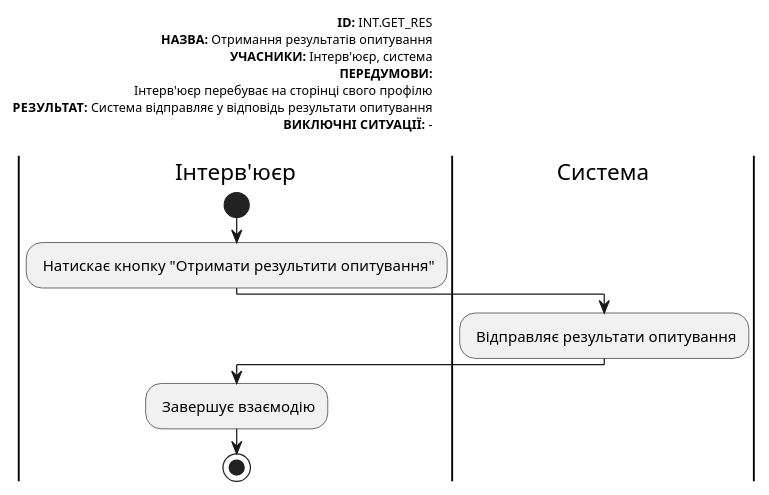
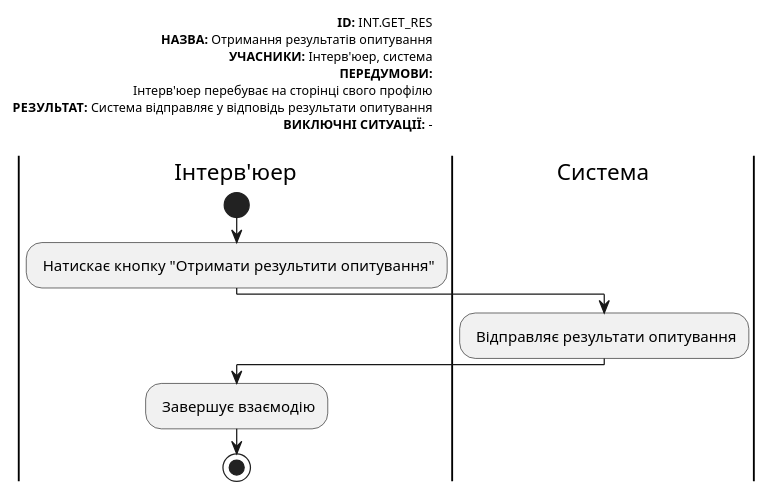
Before and after one commit to michigang1/ImForms: the tenth of 22 diagrams in docs/use cases/README.md, drawn with PlantUML. The commit also changed other lines of this file, not shown here.

```diff
--- a/docs/use cases/README.md
+++ b/docs/use cases/README.md
@@ -303,23 +302,23 @@
 @startuml
 left header
 <font color=000 size=10><b>ID:</b> INT.GET_RES
 <font color=000 size=10><b>НАЗВА:</b> Отримання результатів опитування   
-<font color=000 size=10><b>УЧАСНИКИ:</b> Інтерв'юєр, система
+<font color=000 size=10><b>УЧАСНИКИ:</b> Інтерв'юер, система
 <font color=000 size=10><b>ПЕРЕДУМОВИ:</b>
-<font color=000 size=10> Інтерв'юєр перебуває на сторінці свого профілю
+<font color=000 size=10> Інтерв'юер перебуває на сторінці свого профілю
 <font color=000 size=10><b>РЕЗУЛЬТАТ:</b> Система відправляє у відповідь результати опитування
 <font color=000 size=10><b>ВИКЛЮЧНІ СИТУАЦІЇ:</b> -
 
 end header
 
-|Інтерв'юєр|
+|Інтерв'юер|
        start
        : Натискає кнопку "Отримати результити опитування";
 
 |Система|
         : Відправляє результати опитування;
 
-|Інтерв'юєр|
+|Інтерв'юер|
         : Завершує взаємодію;
         stop;
 @enduml
```
